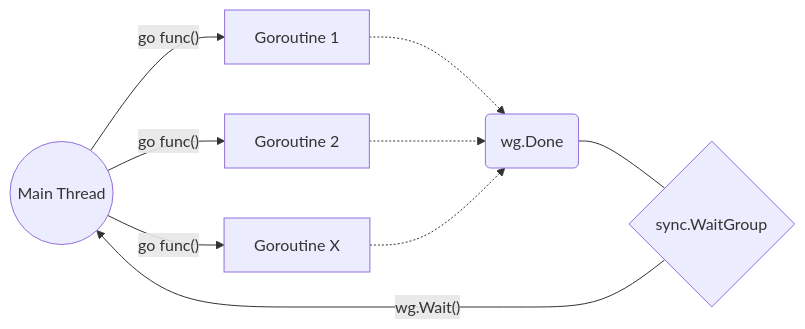
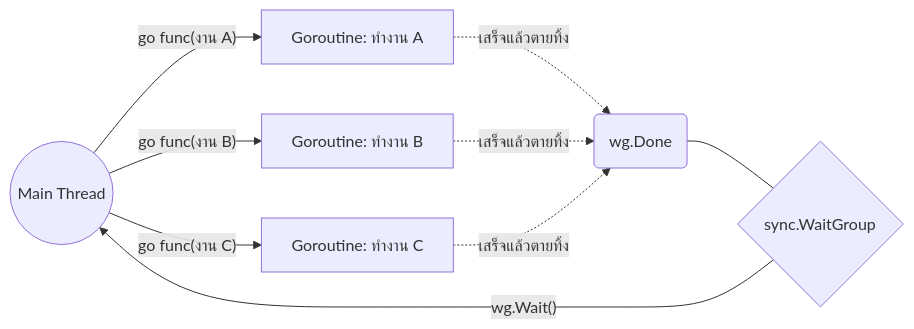
Before and after one commit to frame-set-hub/go-concurrency-sql-lab: the second of 5 diagrams in docs/architech.md, drawn with Mermaid. The commit also changed other lines of this file, not shown here.

Commit message:
docs: update architectural documentation to reflect concurrency design changes

````diff
--- a/docs/architech.md
+++ b/docs/architech.md
@@ -47,13 +55,13 @@
 ```mermaid
 flowchart LR
-    Main((Main Thread)) -- "go func()" --> G1[Goroutine 1]
-    Main -- "go func()" --> G2[Goroutine 2]
-    Main -- "go func()" --> Gx[Goroutine X]
+    Main((Main Thread)) -- "go func(งาน A)" --> G1[Goroutine: ทำงาน A]
+    Main -- "go func(งาน B)" --> G2[Goroutine: ทำงาน B]
+    Main -- "go func(งาน C)" --> Gx[Goroutine: ทำงาน C]
     
-    G1 -.-> wg(wg.Done)
-    G2 -.-> wg
-    Gx -.-> wg
+    G1 -.->|เสร็จแล้วตายทิ้ง| wg(wg.Done)
+    G2 -.->|เสร็จแล้วตายทิ้ง| wg
+    Gx -.->|เสร็จแล้วตายทิ้ง| wg
     
     wg --- WaitGroup{sync.WaitGroup}
     WaitGroup -- "wg.Wait()" --> Main
 ```
````
